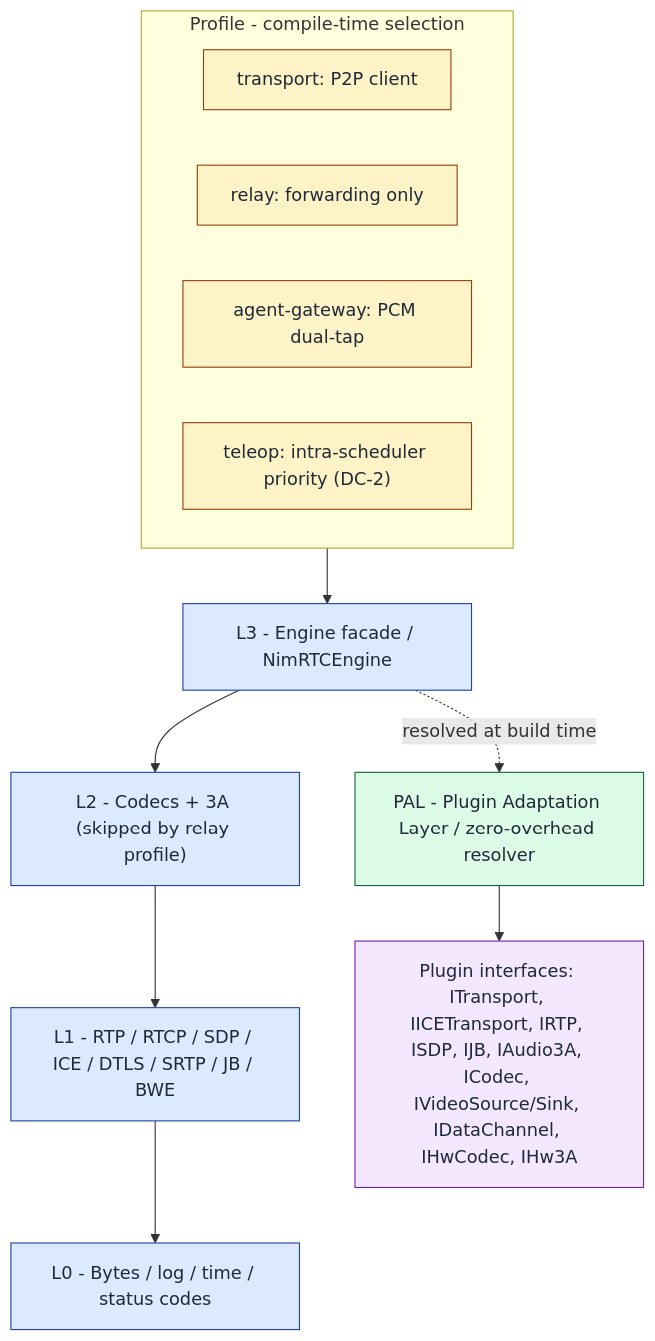
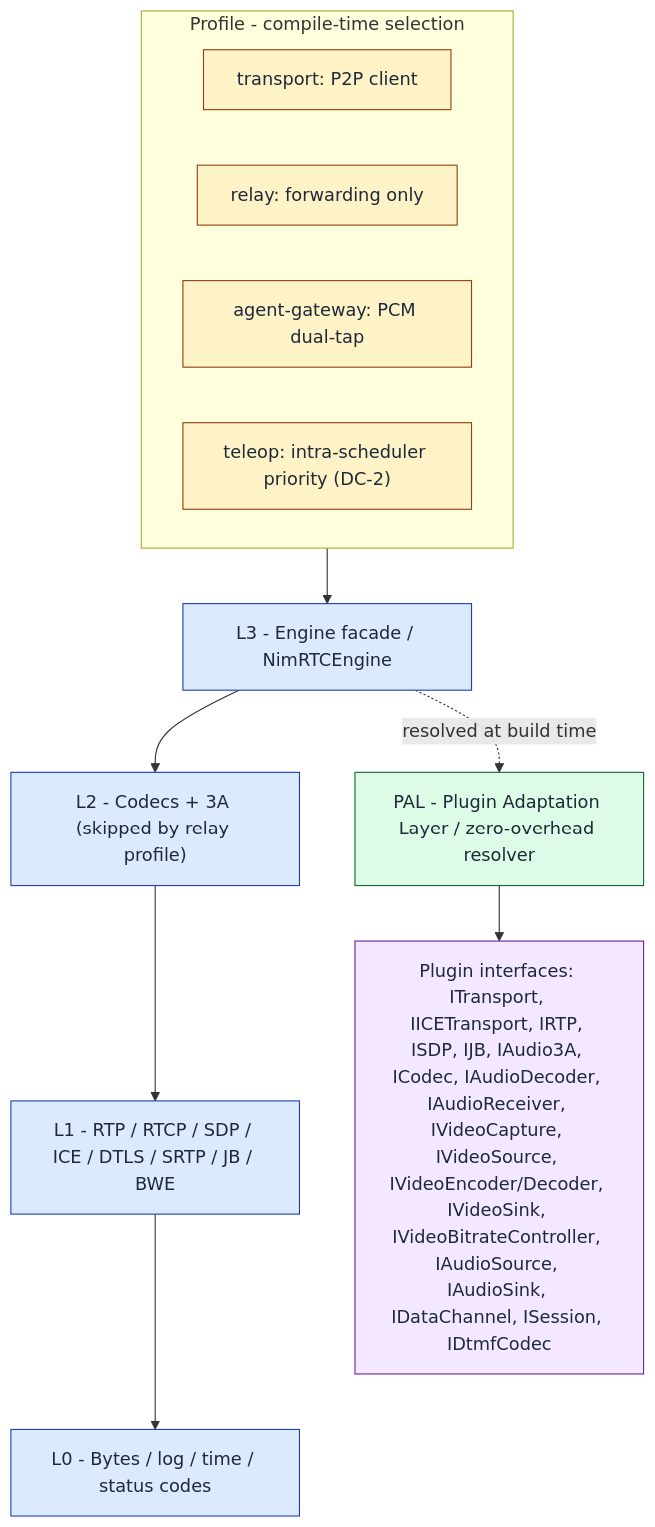
Before and after one commit to NimRTC/nimrtc: the diagram in README.md, drawn with Mermaid. The commit also changed other lines of this file and 42 other files, not shown here.

First line of the commit message:
feat(assembly): the remote-desktop profile, the v1.2 schema and the signalling guide

````diff
--- a/README.md
+++ b/README.md
@@ -357,26 +371,26 @@
 ```mermaid
 flowchart TB
     subgraph PROF["Profile - compile-time selection"]
         P1["transport: P2P client"]
         P2["relay: forwarding only"]
         P3["agent-gateway: PCM dual-tap"]
         P4["teleop: intra-scheduler priority (DC-2)"]
     end
 
     PROF --> L3
     L3["L3 - Engine facade / NimRTCEngine"] --> L2["L2 - Codecs + 3A (skipped by relay profile)"]
     L2 --> L1["L1 - RTP / RTCP / SDP / ICE / DTLS / SRTP / JB / BWE"]
     L1 --> L0["L0 - Bytes / log / time / status codes"]
 
     L3 -. resolved at build time .-> PAL["PAL - Plugin Adaptation Layer / zero-overhead resolver"]
-    PAL --> PLG["Plugin interfaces: ITransport, IICETransport, IRTP, ISDP, IJB, IAudio3A, ICodec, IVideoSource/Sink, IDataChannel, IHwCodec, IHw3A"]
+    PAL --> PLG["Plugin interfaces: ITransport, IICETransport, IRTP, ISDP, IJB, IAudio3A, ICodec, IAudioDecoder, IAudioReceiver, IVideoCapture, IVideoSource, IVideoEncoder/Decoder, IVideoSink, IVideoBitrateController, IAudioSource, IAudioSink, IDataChannel, ISession, IDtmfCodec"]
 
     classDef profile fill:#fef3c7,stroke:#92400e,color:#1f2937
     classDef layer   fill:#dbeafe,stroke:#1e40af,color:#1f2937
     classDef pal     fill:#dcfce7,stroke:#166534,color:#1f2937
     classDef plugin  fill:#f3e8ff,stroke:#6b21a8,color:#1f2937
     class P1,P2,P3,P4 profile
     class L0,L1,L2,L3 layer
     class PAL pal
     class PLG plugin
 ```
````
